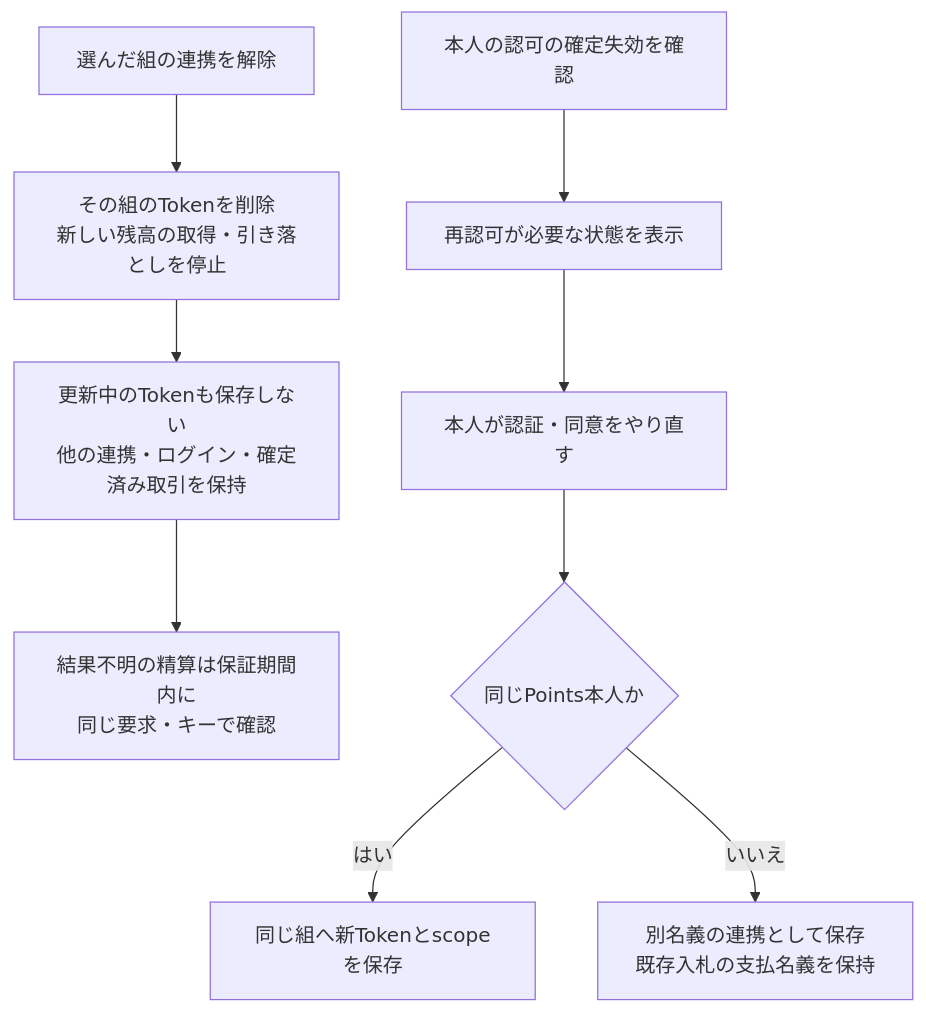
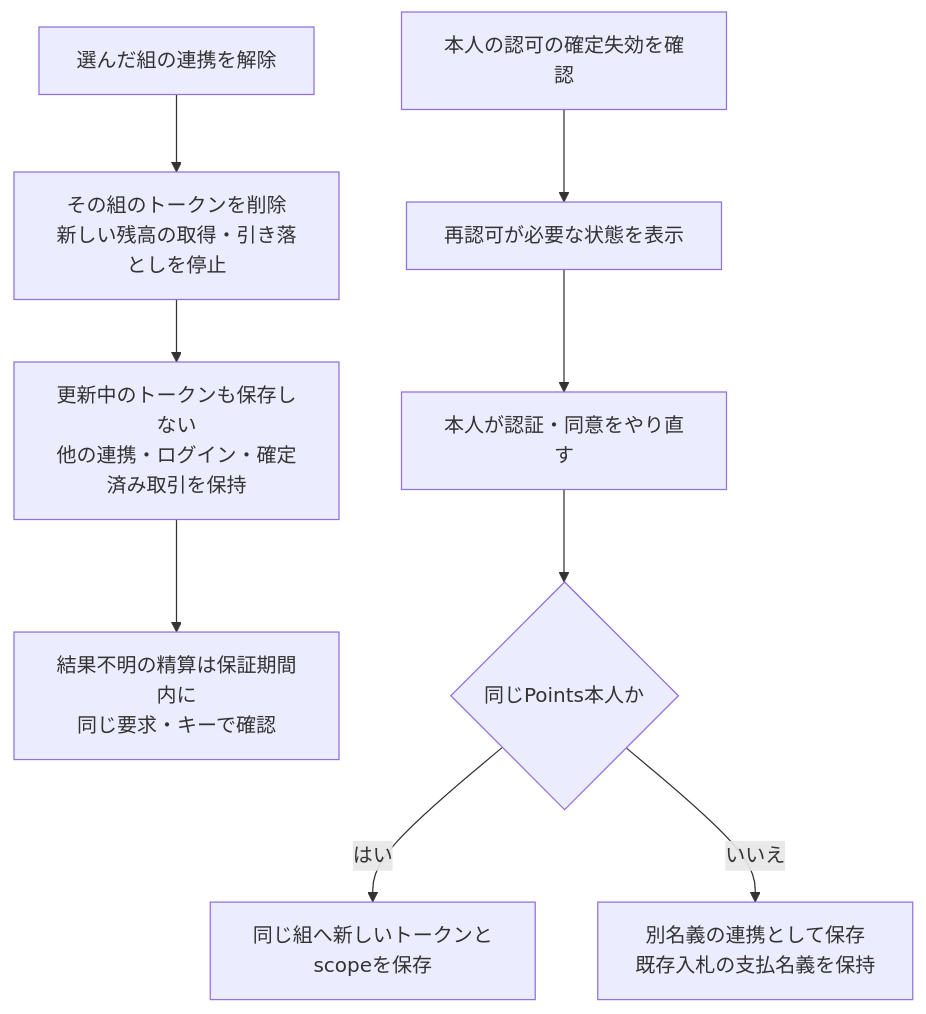
Before and after one commit to yuichisugio/freeism: the third of 5 diagrams in projects/markets-web-app/docs/specification/v0.2.1/details/all.ja.md, drawn with Mermaid. The commit also changed other lines of this file, not shown here.

````diff
--- a/projects/markets-web-app/docs/specification/v0.2.1/details/all.ja.md
+++ b/projects/markets-web-app/docs/specification/v0.2.1/details/all.ja.md
@@ -1661,11 +1529,11 @@
 ```mermaid
 flowchart TD
-  A["選んだ組の連携を解除"] --> B["その組のTokenを削除<br/>新しい残高の取得・引き落としを停止"]
-  B --> C["更新中のTokenも保存しない<br/>他の連携・ログイン・確定済み取引を保持"]
+  A["選んだ組の連携を解除"] --> B["その組のトークンを削除<br/>新しい残高の取得・引き落としを停止"]
+  B --> C["更新中のトークンも保存しない<br/>他の連携・ログイン・確定済み取引を保持"]
   C --> D["結果不明の精算は保証期間内に<br/>同じ要求・キーで確認"]
   E["本人の認可の確定失効を確認"] --> F["再認可が必要な状態を表示"]
   F --> G["本人が認証・同意をやり直す"]
   G --> H{"同じPoints本人か"}
-  H -->|はい| I["同じ組へ新Tokenとscopeを保存"]
+  H -->|はい| I["同じ組へ新しいトークンとscopeを保存"]
   H -->|いいえ| J["別名義の連携として保存<br/>既存入札の支払名義を保持"]
 ```
````
